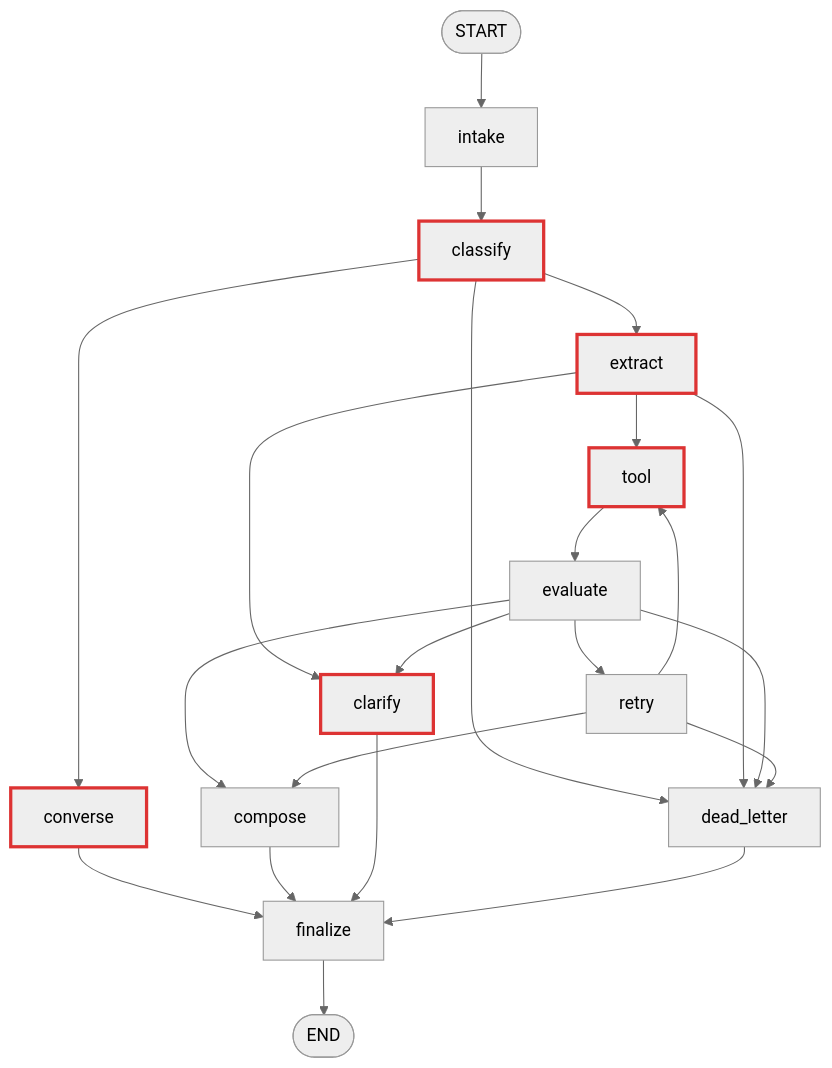
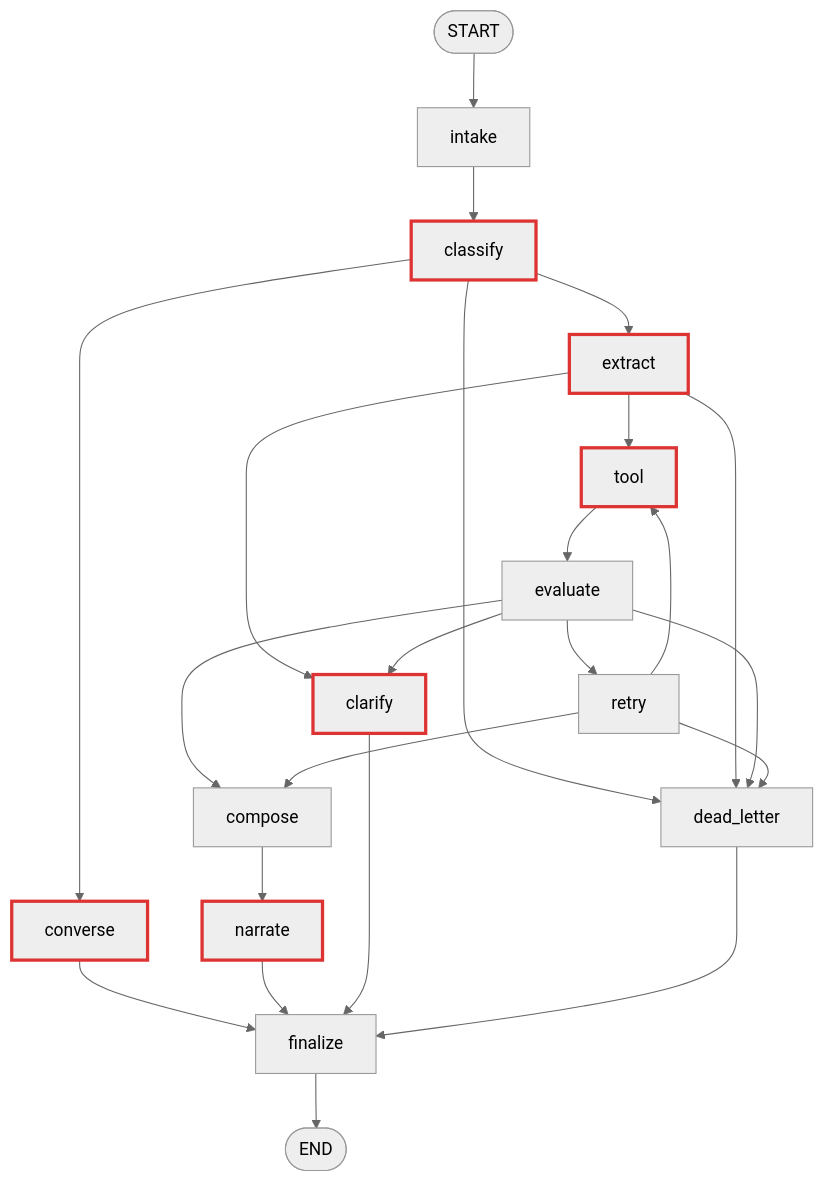
One commit to NguyenNhat4/Travel-Recommend-System changed the diagram in docs/spec/agent/langgraph-nodes.md. Above: the diagram before and after it, drawn with Mermaid (neutral theme). The commit also changed other lines of this file and 43 other files, not shown here.

````diff
--- a/docs/spec/agent/langgraph-nodes.md
+++ b/docs/spec/agent/langgraph-nodes.md
@@ -127,38 +128,40 @@
 ```mermaid
 flowchart TD
     START([START]) --> intake
     intake --> classify
 
     classify --> converse
     classify --> extract
     classify --> dead_letter
 
     extract --> tool
     extract --> clarify
     extract --> dead_letter
 
     tool --> evaluate
 
     evaluate --> clarify
     evaluate --> retry
     evaluate --> dead_letter
     evaluate --> compose
 
     retry --> compose
     retry --> dead_letter
     retry --> tool
 
+    compose --> narrate
     converse --> finalize
-    compose --> finalize
+    narrate --> finalize
     clarify --> finalize
     dead_letter --> finalize
 
     finalize --> END([END])
 
     classify:::llm
     extract:::llm
     tool:::llm
     converse:::llm
     clarify:::llm
+    narrate:::llm
     classDef llm stroke:#d33,stroke-width:3px;
 ```
````
